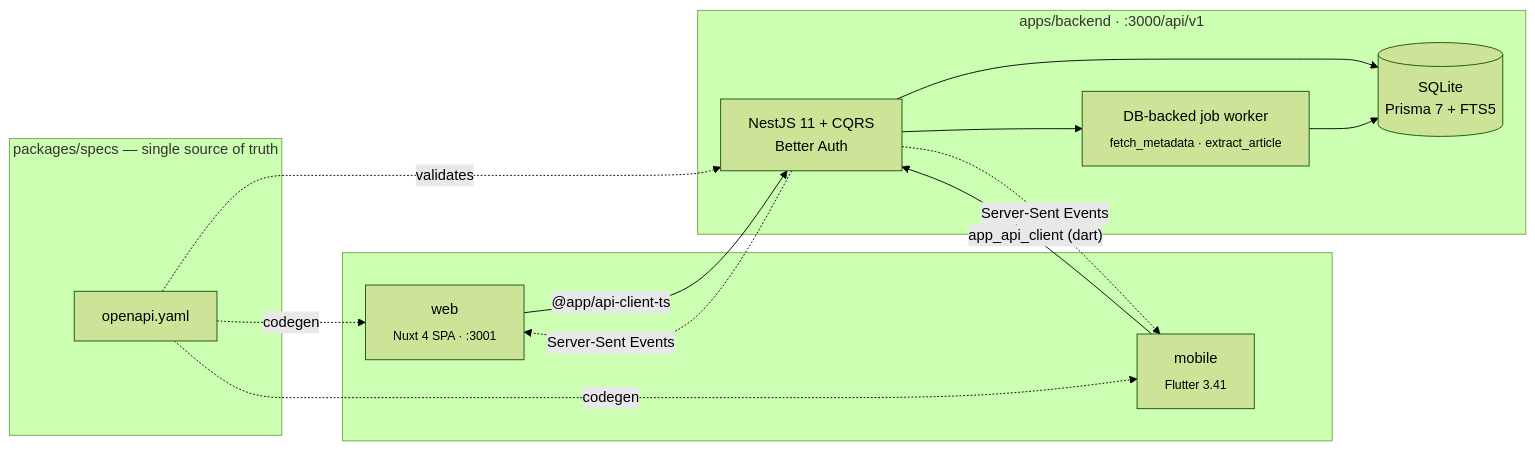
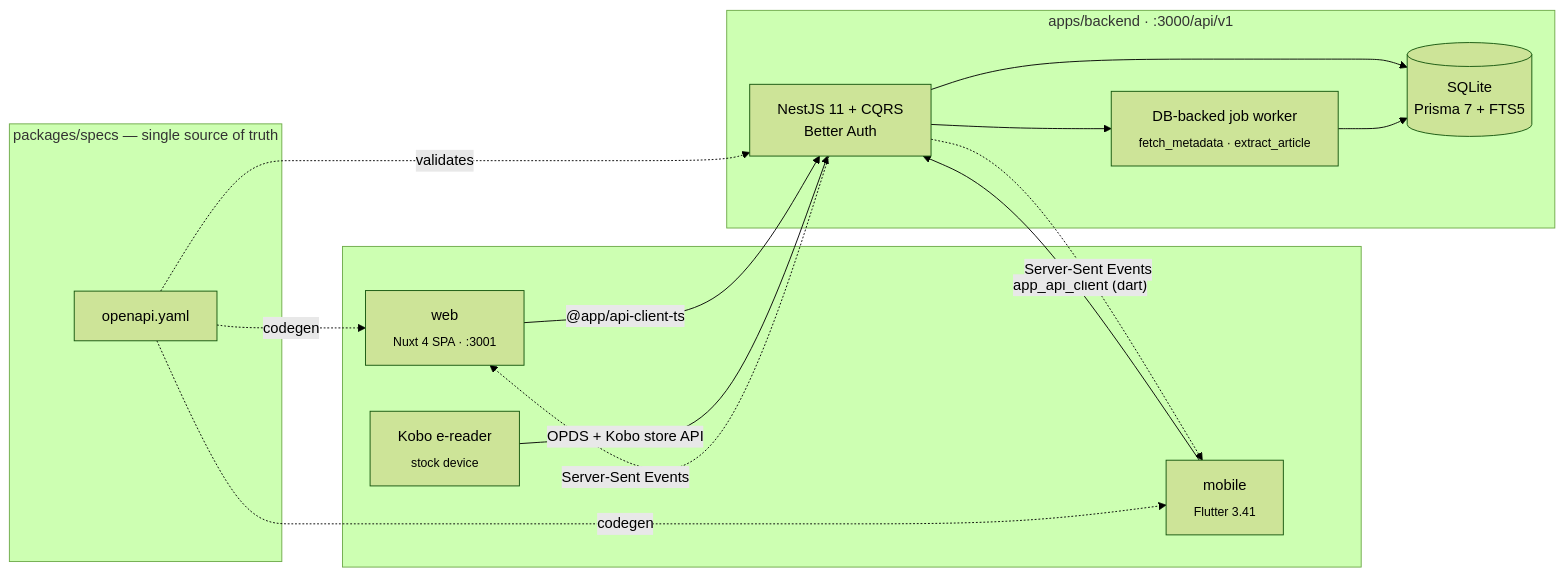
One commit to kkucherenkov/burkmak changed the diagram in README.md. Above: the diagram before and after it, drawn with Mermaid (forest theme). The commit also changed other lines of this file, not shown here.

First line of the commit message:
docs(readme): P6 shipped — native Kobo sync, OPDS polish, dark theme, auto-extract

````diff
--- a/README.md
+++ b/README.md
@@ -91,28 +107,30 @@
 ```mermaid
 flowchart LR
   subgraph clients[" "]
     web["web<br/><sub>Nuxt 4 SPA · :3001</sub>"]
     mobile["mobile<br/><sub>Flutter 3.41</sub>"]
+    kobo["Kobo e-reader<br/><sub>stock device</sub>"]
   end
 
   subgraph backend_group["apps/backend · :3000/api/v1"]
     api["NestJS 11 + CQRS<br/>Better Auth"]
     jobs["DB-backed job worker<br/><sub>fetch_metadata · extract_article</sub>"]
     sqlite[("SQLite<br/>Prisma 7 + FTS5")]
   end
 
   subgraph contracts["packages/specs — single source of truth"]
     openapi["openapi.yaml"]
   end
 
   web -->|"@app/api-client-ts"| api
   mobile -->|"app_api_client (dart)"| api
+  kobo -->|"OPDS + Kobo store API"| api
   api --> sqlite
   api --> jobs
   jobs --> sqlite
   api -.->|"Server-Sent Events"| web
   api -.->|"Server-Sent Events"| mobile
   openapi -. "codegen" .-> web
   openapi -. "codegen" .-> mobile
   openapi -. "validates" .-> api
 ```
````
